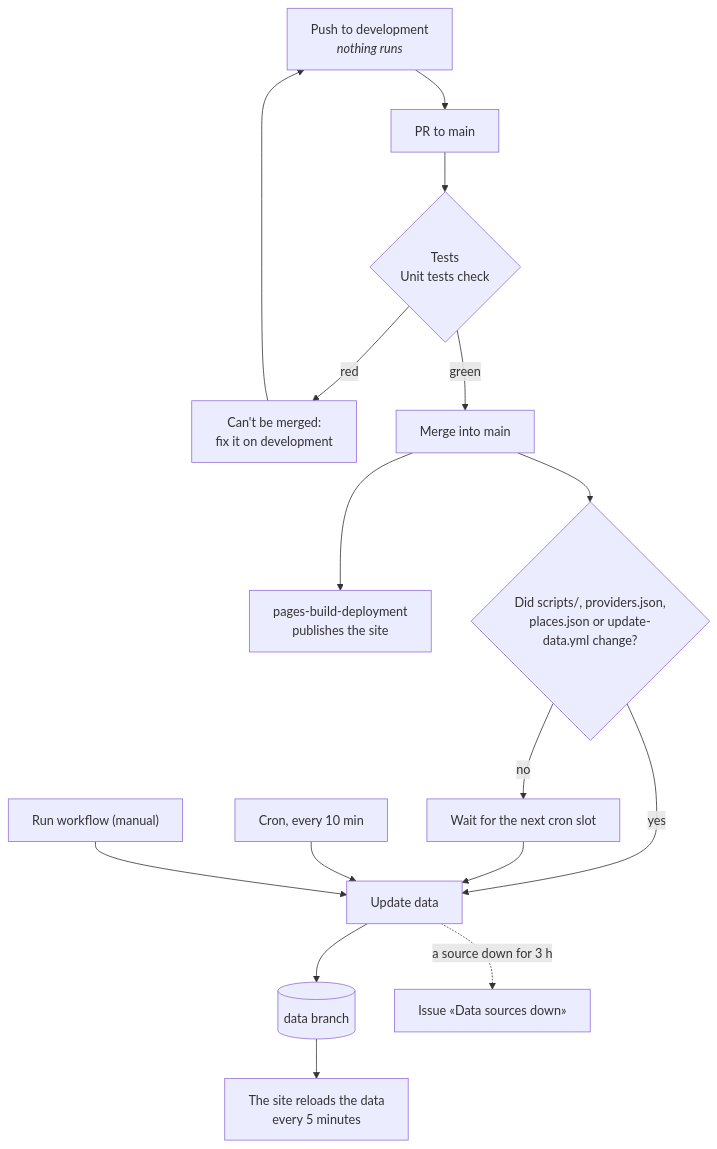
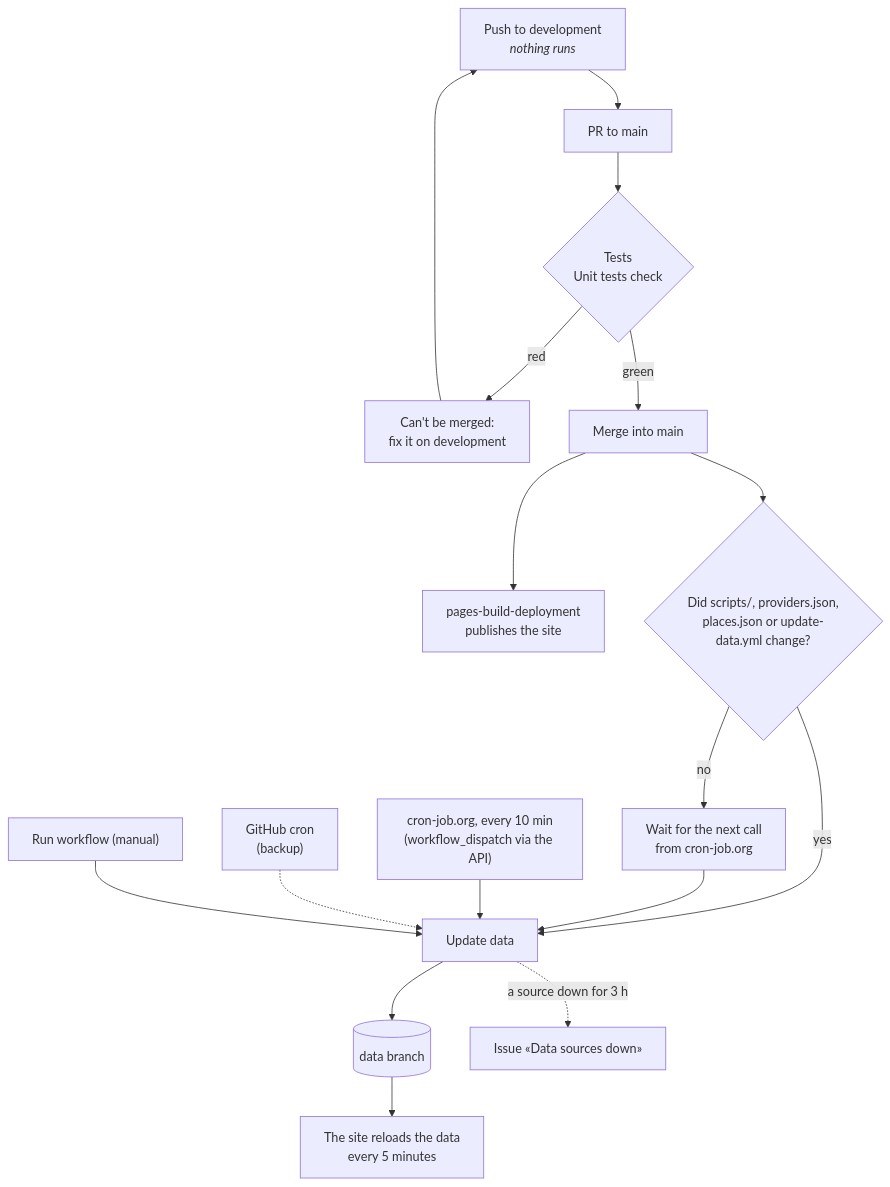
One commit to serbenda/uptime changed the sixth of 7 diagrams in README.md. Above: the diagram before and after it, drawn with Mermaid. The commit also changed other lines of this file and 1 other file, not shown here.

First line of the commit message:
Document the external trigger and the architecture behind it

````diff
--- a/README.md
+++ b/README.md
@@ -694,18 +794,19 @@
 ```mermaid
 flowchart TB
   Dev["Push to development<br/><i>nothing runs</i>"] --> PR["PR to main"]
   PR --> Tests{"Tests<br/>Unit tests check"}
   Tests -- red --> Fix["Can't be merged:<br/>fix it on development"]
   Fix --> Dev
   Tests -- green --> Merge["Merge into main"]
   Merge --> Pages["pages-build-deployment<br/>publishes the site"]
   Merge --> Changed{"Did scripts/, providers.json,<br/>places.json or update-data.yml change?"}
   Changed -- yes --> Update
-  Changed -- no --> Wait["Wait for the next cron slot"]
+  Changed -- no --> Wait["Wait for the next call<br/>from cron-job.org"]
   Wait --> Update
-  Cron["Cron, every 10 min"] --> Update["Update data"]
+  Job["cron-job.org, every 10 min<br/>(workflow_dispatch via the API)"] --> Update["Update data"]
+  Cron["GitHub cron<br/>(backup)"] -.-> Update
   Manual["Run workflow (manual)"] --> Update
   Update --> Data[("data branch")]
   Update -. a source down for 3 h .-> Issue["Issue «Data sources down»"]
   Data --> Site["The site reloads the data<br/>every 5 minutes"]
 ```
````
